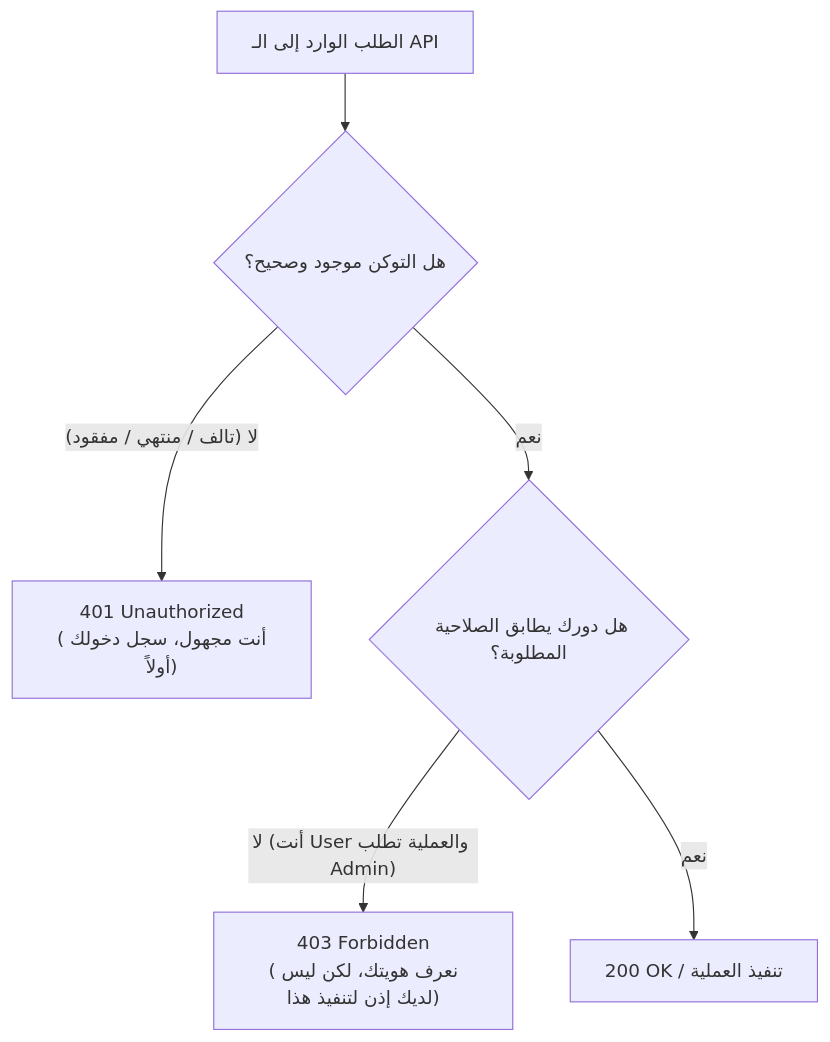
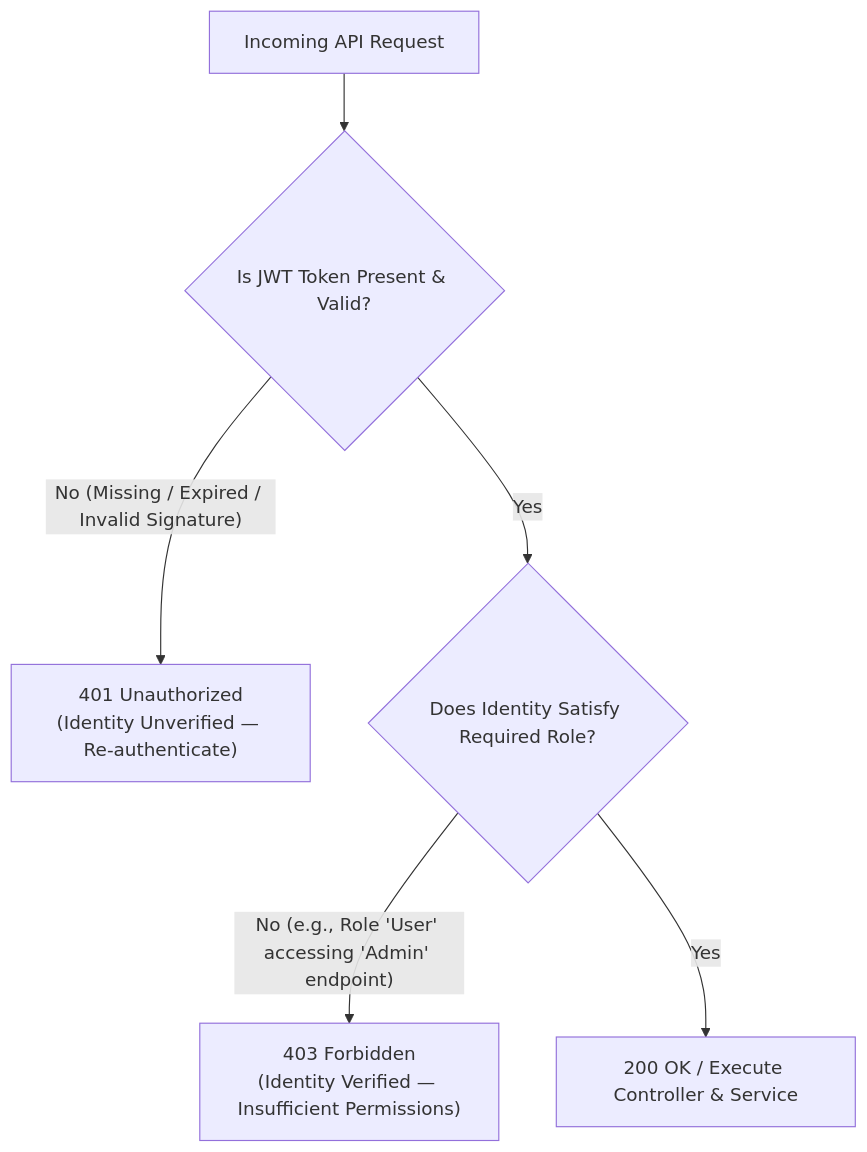
The diagram in Documentation/Authorization-Guide.md (Abbas-F-R/Training_Project), drawn with Mermaid before and after one commit. The commit also changed other lines of this file and 111 other files, not shown here.

````diff
--- a/Documentation/Authorization-Guide.md
+++ b/Documentation/Authorization-Guide.md
@@ -23,8 +22,8 @@
 ```mermaid
 graph TD
-    Request["الطلب الوارد إلى الـ API"] --> AuthCheck{"هل التوكن موجود وصحيح؟"}
-    AuthCheck -- "لا (تالف / منتهي / مفقود)" --> S401["401 Unauthorized<br/>(أنت مجهول، سجل دخولك أولاً)"]
-    AuthCheck -- "نعم" --> RoleCheck{"هل دورك يطابق الصلاحية المطلوبة؟"}
-    RoleCheck -- "لا (أنت User والعملية تطلب Admin)" --> S403["403 Forbidden<br/>(نعرف هويتك، لكن ليس لديك إذن لتنفيذ هذا)"]
-    RoleCheck -- "نعم" --> Success["200 OK / تنفيذ العملية"]
+    Request["Incoming API Request"] --> AuthCheck{"Is JWT Token Present & Valid?"}
+    AuthCheck -- "No (Missing / Expired / Invalid Signature)" --> S401["401 Unauthorized<br/>(Identity Unverified — Re-authenticate)"]
+    AuthCheck -- "Yes" --> RoleCheck{"Does Identity Satisfy Required Role?"}
+    RoleCheck -- "No (e.g., Role 'User' accessing 'Admin' endpoint)" --> S403["403 Forbidden<br/>(Identity Verified — Insufficient Permissions)"]
+    RoleCheck -- "Yes" --> Success["200 OK / Execute Controller & Service"]
 ```
````
